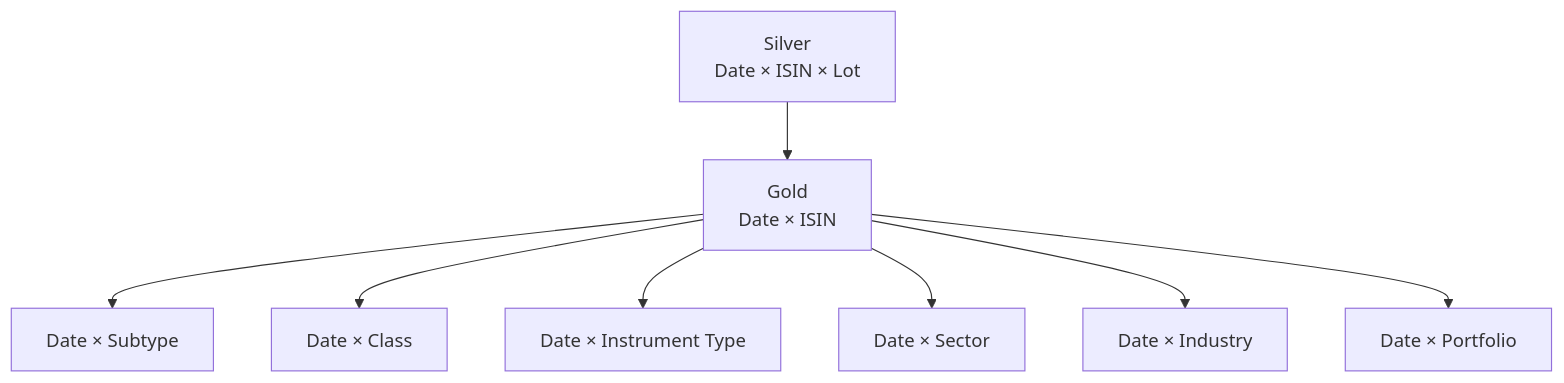
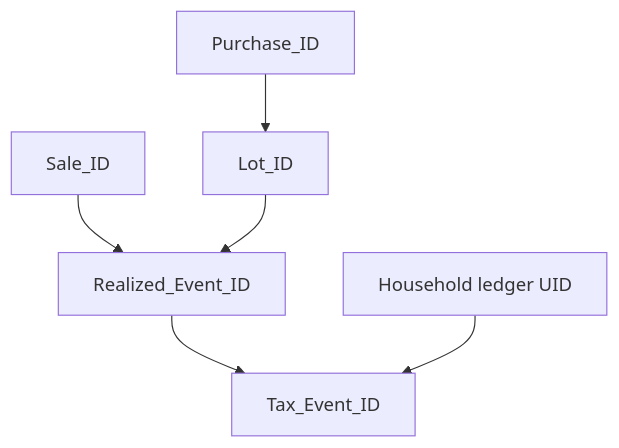
Before and after one commit to tks18/personal-finance-etl: the second of 2 diagrams in docs/reference/silver-data-contracts.md, drawn with Mermaid. The commit also changed other lines of this file, not shown here.

Commit message:
docs: update docs/reference/silver-contracts

````diff
--- a/docs/reference/silver-data-contracts.md
+++ b/docs/reference/silver-data-contracts.md
@@ -520,10 +1493,8 @@
 ```mermaid
-flowchart TB
-    LOT["Silver<br/>Date × ISIN × Lot"] --> ISIN["Gold<br/>Date × ISIN"]
-    ISIN --> SUB["Date × Subtype"]
-    ISIN --> CLASS["Date × Class"]
-    ISIN --> TYPE["Date × Instrument Type"]
-    ISIN --> SEC["Date × Sector"]
-    ISIN --> IND["Date × Industry"]
-    ISIN --> PORT["Date × Portfolio"]
+flowchart TD
+    P["Purchase_ID"] --> L["Lot_ID"]
+    S["Sale_ID"] --> R["Realized_Event_ID"]
+    L --> R
+    R --> T["Tax_Event_ID"]
+    H["Household ledger UID"] --> T
 ```
````
